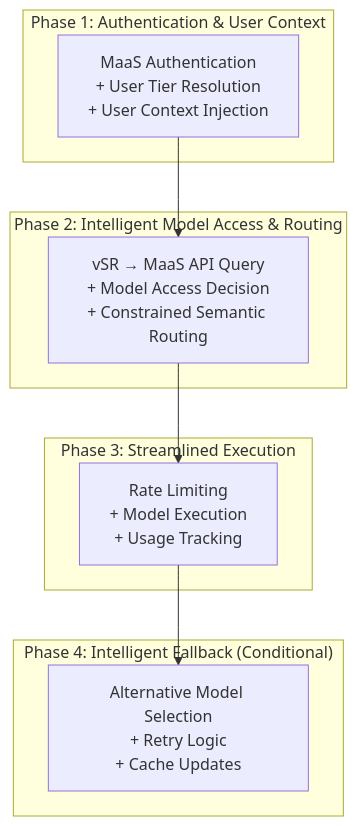
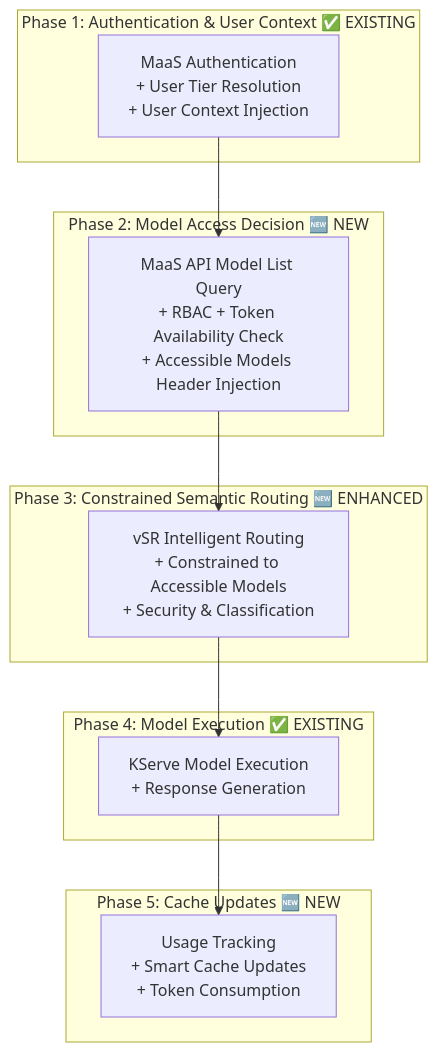
The fourth of 10 diagrams in docs/designs/vSR-Integration/README.md (noyitz/maas-billing), drawn with Mermaid before and after one commit. The commit also changed other lines of this file, not shown here.

````diff
--- a/docs/designs/vSR-Integration/README.md
+++ b/docs/designs/vSR-Integration/README.md
@@ -234,22 +234,27 @@
 ```mermaid
 graph TB
-    subgraph "Phase 1: Authentication & User Context"
+    subgraph "Phase 1: Authentication & User Context ✅ EXISTING"
         P1[MaaS Authentication<br/>+ User Tier Resolution<br/>+ User Context Injection]
     end
     
-    subgraph "Phase 2: Intelligent Model Access & Routing"
-        P2[vSR → MaaS API Query<br/>+ Model Access Decision<br/>+ Constrained Semantic Routing]
+    subgraph "Phase 2: Model Access Decision 🆕 NEW"
+        P2[MaaS API Model List Query<br/>+ RBAC + Token Availability Check<br/>+ Accessible Models Header Injection]
     end
     
-    subgraph "Phase 3: Streamlined Execution"
-        P3[Rate Limiting<br/>+ Model Execution<br/>+ Usage Tracking]
+    subgraph "Phase 3: Constrained Semantic Routing 🆕 ENHANCED"
+        P3[vSR Intelligent Routing<br/>+ Constrained to Accessible Models<br/>+ Security & Classification]
     end
     
-    subgraph "Phase 4: Intelligent Fallback (Conditional)"
-        P4[Alternative Model Selection<br/>+ Retry Logic<br/>+ Cache Updates]
+    subgraph "Phase 4: Model Execution ✅ EXISTING"
+        P4[KServe Model Execution<br/>+ Response Generation]
+    end
+    
+    subgraph "Phase 5: Cache Updates 🆕 NEW"
+        P5[Usage Tracking<br/>+ Smart Cache Updates<br/>+ Token Consumption]
     end
     
     P1 --> P2
     P2 --> P3
     P3 --> P4
+    P4 --> P5
 ```
````
